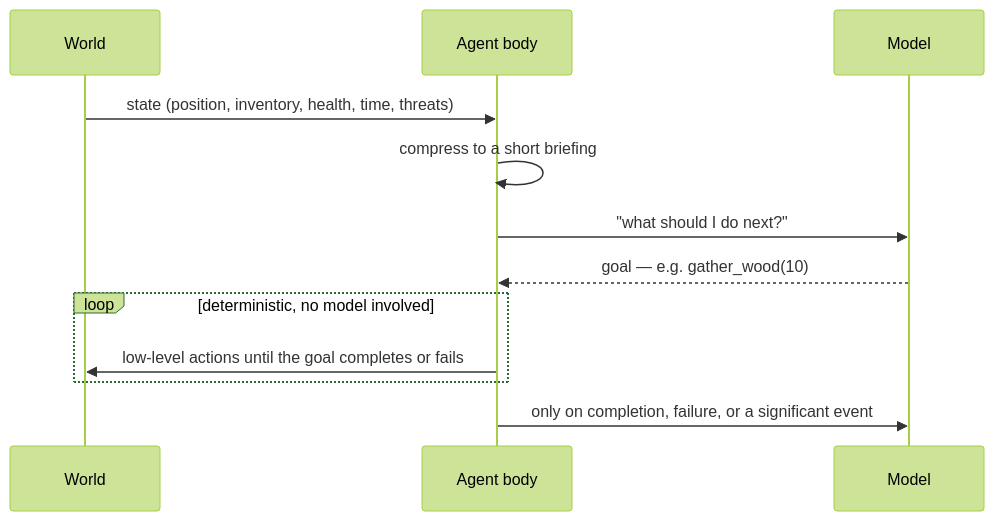
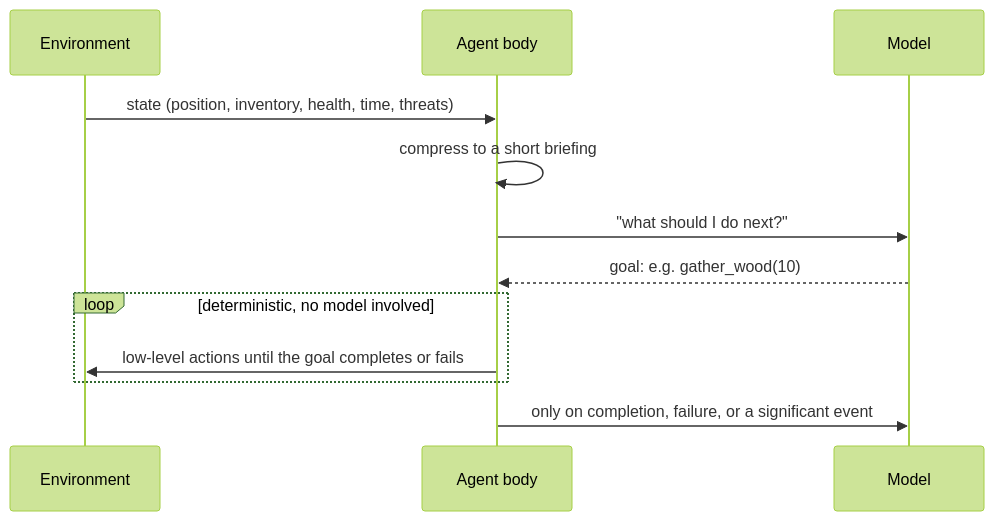
One commit to RaymanRJ/multi-agent-experimentation changed the first of 2 diagrams in README.md. Above: the diagram before and after it, drawn with Mermaid (forest theme). The commit also changed other lines of this file and 2 other files, not shown here.

````diff
--- a/README.md
+++ b/README.md
@@ -190,15 +41,15 @@
 ```mermaid
 sequenceDiagram
-    participant W as World
+    participant W as Environment
     participant Body as Agent body
     participant Brain as Model
 
     W->>Body: state (position, inventory, health, time, threats)
     Body->>Body: compress to a short briefing
     Body->>Brain: "what should I do next?"
-    Brain-->>Body: goal — e.g. gather_wood(10)
+    Brain-->>Body: goal: e.g. gather_wood(10)
     loop deterministic, no model involved
         Body->>W: low-level actions until the goal completes or fails
     end
     Body->>Brain: only on completion, failure, or a significant event
 ```
````
